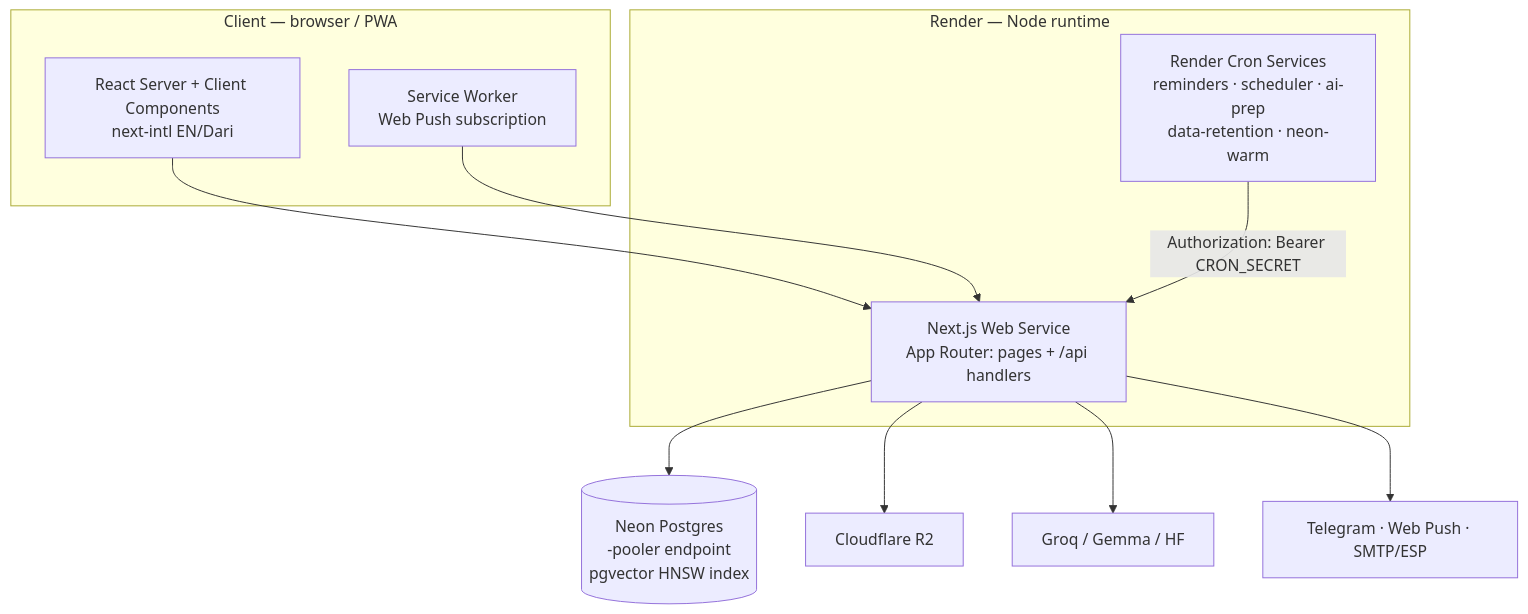
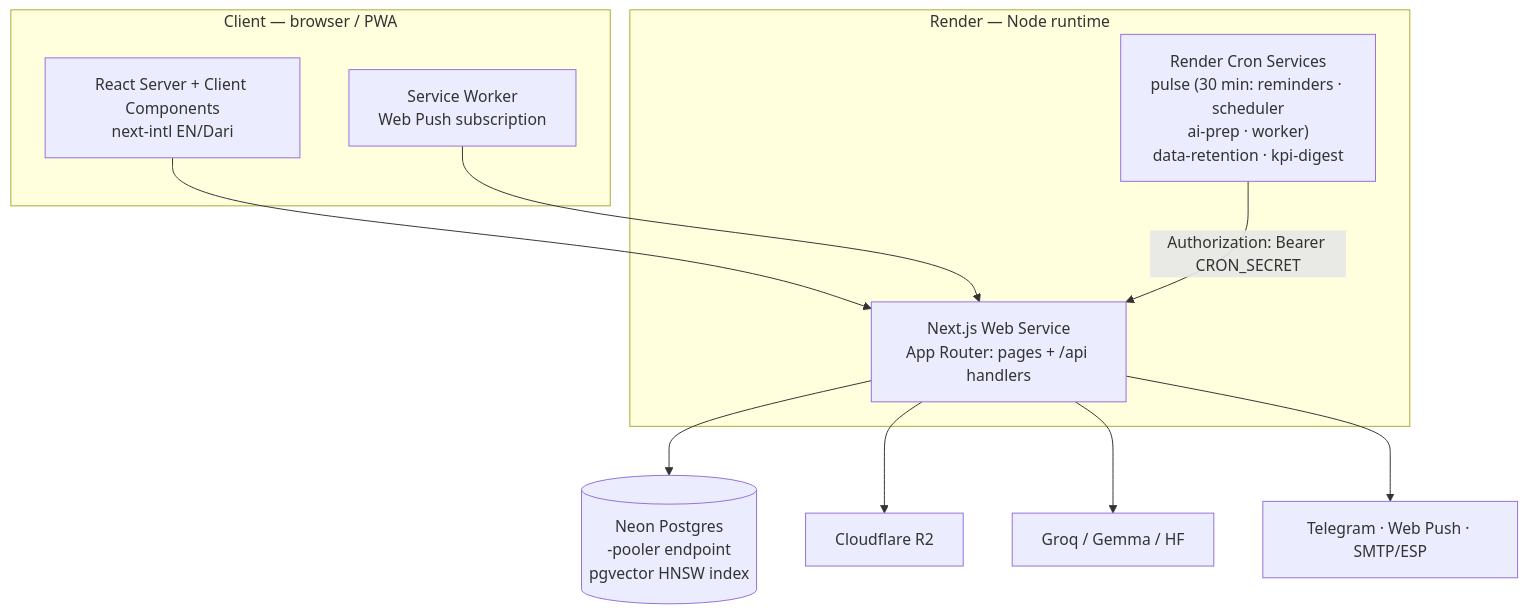
One commit to Hadiyaqoobi/AlphaSeekers changed the second of 7 diagrams in docs/ARCHITECTURE.md. Above: the diagram before and after it, drawn with Mermaid. The commit also changed other lines of this file and 7 other files, not shown here.

````diff
--- a/docs/ARCHITECTURE.md
+++ b/docs/ARCHITECTURE.md
@@ -93,25 +93,25 @@
 ```mermaid
 flowchart TB
     subgraph client["Client — browser / PWA"]
         ui["React Server + Client Components<br/>next-intl EN/Dari"]
         sw["Service Worker<br/>Web Push subscription"]
     end
 
     subgraph render["Render — Node runtime"]
         web["Next.js Web Service<br/>App Router: pages + /api handlers"]
-        cron["Render Cron Services<br/>reminders · scheduler · ai-prep<br/>data-retention · neon-warm"]
+        cron["Render Cron Services<br/>pulse (30 min: reminders · scheduler<br/>ai-prep · worker)<br/>data-retention · kpi-digest"]
     end
 
     pg[("Neon Postgres<br/>-pooler endpoint<br/>pgvector HNSW index")]
     r2["Cloudflare R2"]
     ai["Groq / Gemma / HF"]
     channels["Telegram · Web Push · SMTP/ESP"]
 
     ui --> web
     sw --> web
     web --> pg
     web --> r2
     web --> ai
     web --> channels
     cron -->|"Authorization: Bearer CRON_SECRET"| web
 ```
````
